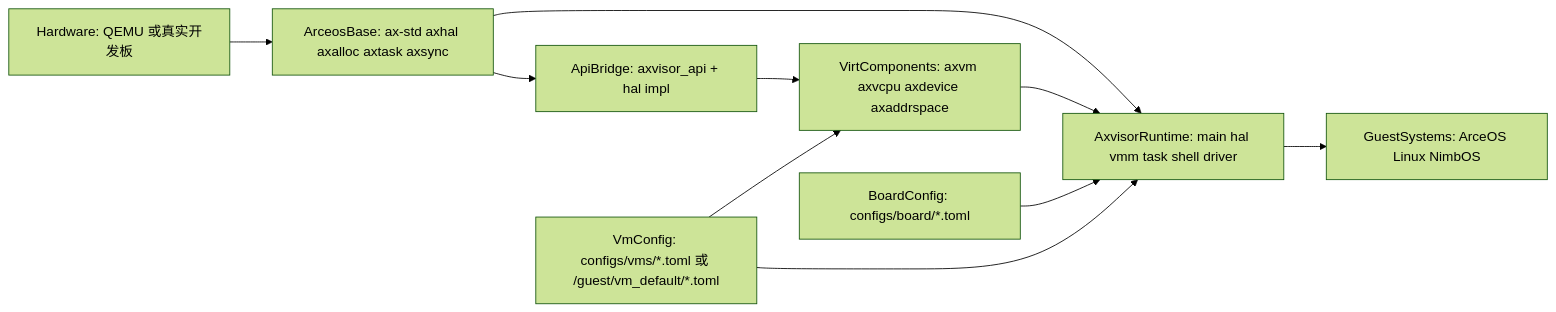
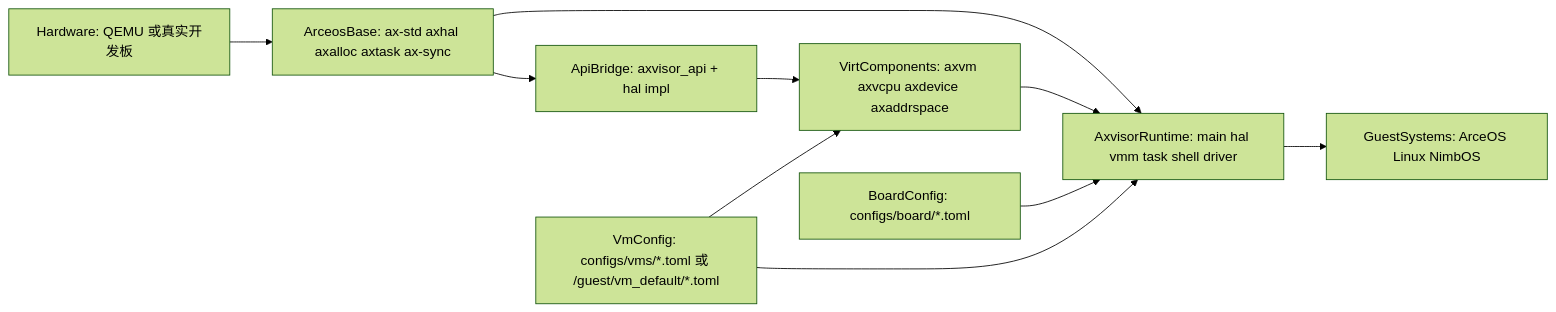
One commit to zKurisu/tgoskits changed the first of 5 diagrams in docs/axvisor-internals.md. Above: the diagram before and after it, drawn with Mermaid (forest theme). The commit also changed 79 other files, not shown here.

Commit message:
rename axsync to ax-sync

````diff
--- a/docs/axvisor-internals.md
+++ b/docs/axvisor-internals.md
@@ -26,21 +26,21 @@
 ```mermaid
 flowchart LR
     hardware["Hardware: QEMU 或真实开发板"]
-    arceosBase["ArceosBase: ax-std axhal axalloc axtask axsync"]
+    arceosBase["ArceosBase: ax-std axhal axalloc axtask ax-sync"]
     virtComponents["VirtComponents: axvm axvcpu axdevice axaddrspace"]
     apiBridge["ApiBridge: axvisor_api + hal impl"]
     axvisorRuntime["AxvisorRuntime: main hal vmm task shell driver"]
     guestSystems["GuestSystems: ArceOS Linux NimbOS"]
     boardConfig["BoardConfig: configs/board/*.toml"]
     vmConfig["VmConfig: configs/vms/*.toml 或 /guest/vm_default/*.toml"]
 
     hardware --> arceosBase
     arceosBase --> apiBridge
     arceosBase --> axvisorRuntime
     virtComponents --> axvisorRuntime
     apiBridge --> virtComponents
     axvisorRuntime --> guestSystems
     boardConfig --> axvisorRuntime
     vmConfig --> axvisorRuntime
     vmConfig --> virtComponents
 ```
````
